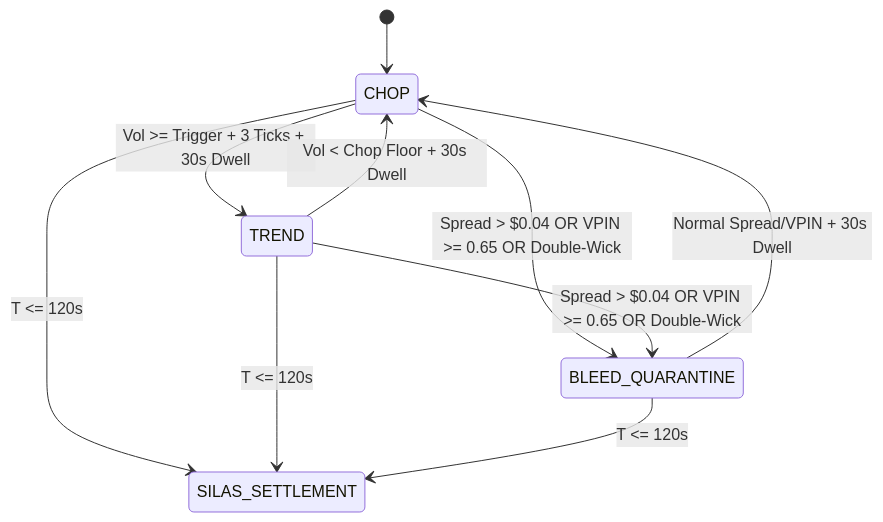
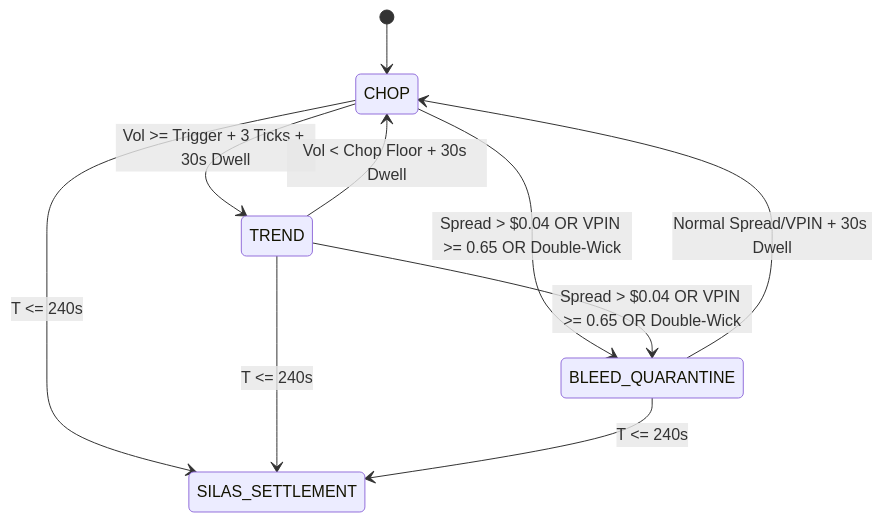
One commit to BinqQarenYu/Kalshi-Simulator changed the diagram in docs/03_STRATEGIES/DYNAMIC_REGIME_STRATEGY_DRSA.md. Above: the diagram before and after it, drawn with Mermaid. The commit also changed other lines of this file and 18 other files, not shown here.

````diff
--- a/docs/03_STRATEGIES/DYNAMIC_REGIME_STRATEGY_DRSA.md
+++ b/docs/03_STRATEGIES/DYNAMIC_REGIME_STRATEGY_DRSA.md
@@ -20,12 +20,12 @@
 ```mermaid
 stateDiagram-v2
     [*] --> CHOP
     CHOP --> TREND: Vol >= Trigger + 3 Ticks + 30s Dwell
     TREND --> CHOP: Vol < Chop Floor + 30s Dwell
     CHOP --> BLEED_QUARANTINE: Spread > $0.04 OR VPIN >= 0.65 OR Double-Wick
     TREND --> BLEED_QUARANTINE: Spread > $0.04 OR VPIN >= 0.65 OR Double-Wick
     BLEED_QUARANTINE --> CHOP: Normal Spread/VPIN + 30s Dwell
-    CHOP --> SILAS_SETTLEMENT: T <= 120s
-    TREND --> SILAS_SETTLEMENT: T <= 120s
-    BLEED_QUARANTINE --> SILAS_SETTLEMENT: T <= 120s
+    CHOP --> SILAS_SETTLEMENT: T <= 240s
+    TREND --> SILAS_SETTLEMENT: T <= 240s
+    BLEED_QUARANTINE --> SILAS_SETTLEMENT: T <= 240s
 ```
````
